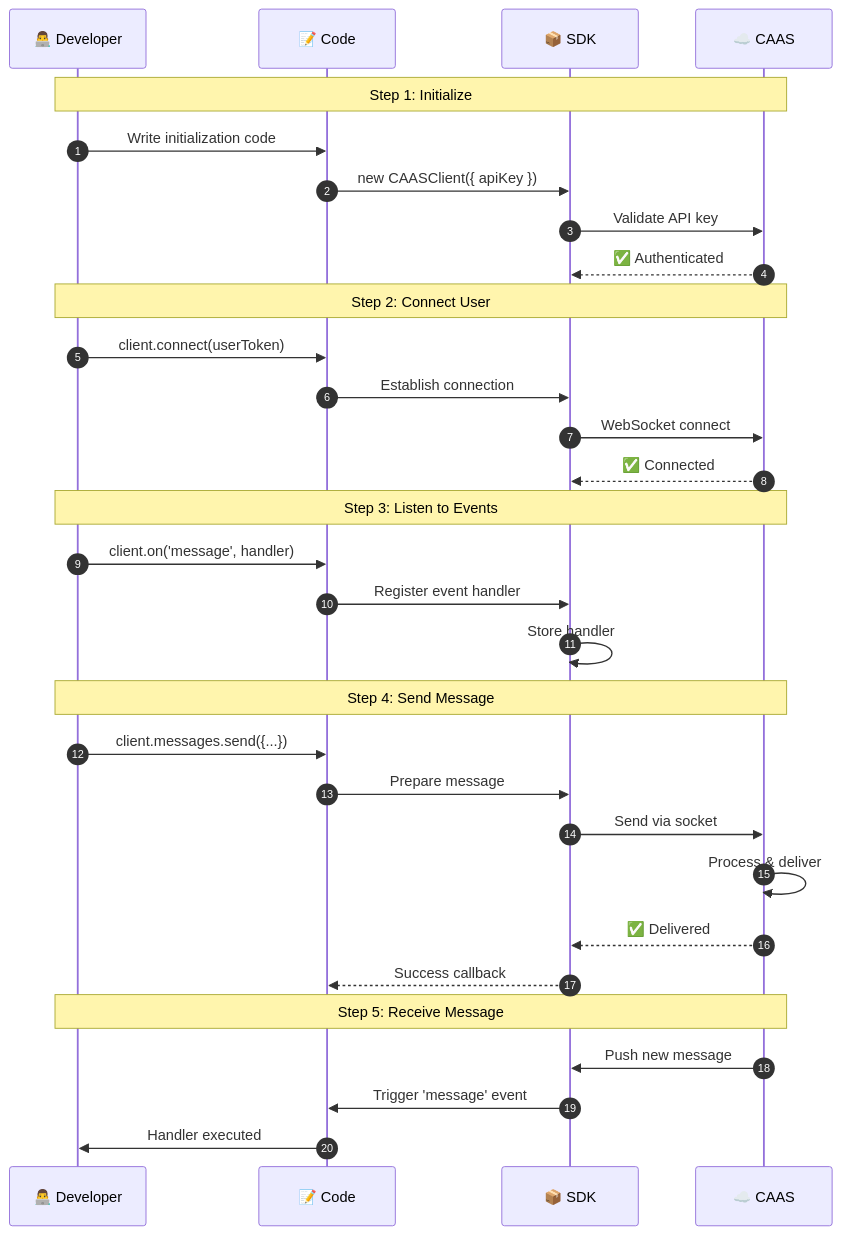
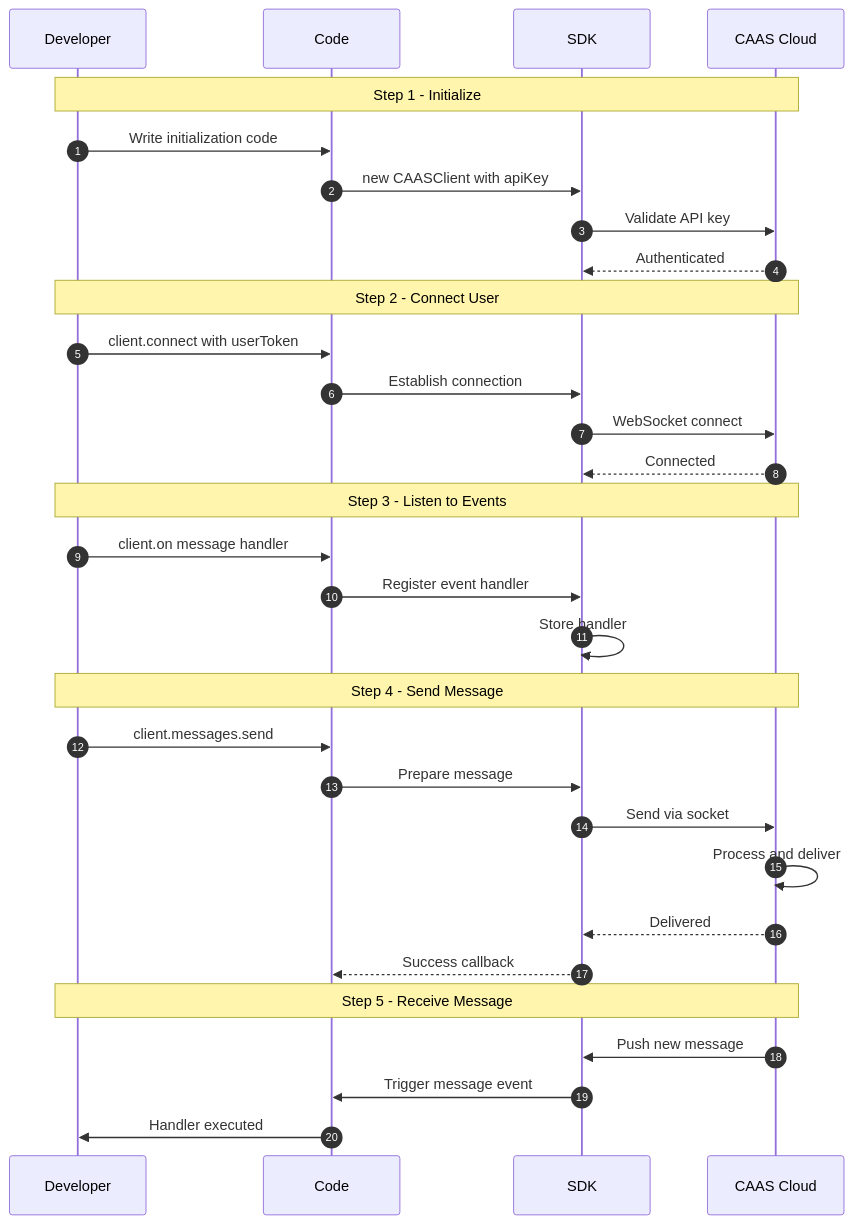
One commit to AtharvaBansod/CAAS changed diagram 29 of 40 in docs/COMPLETE_PLATFORM_VISUAL_GUIDE.md. Above: the diagram before and after it, drawn with Mermaid. The commit also changed other lines of this file, not shown here.

````diff
--- a/docs/COMPLETE_PLATFORM_VISUAL_GUIDE.md
+++ b/docs/COMPLETE_PLATFORM_VISUAL_GUIDE.md
@@ -1127,38 +1193,38 @@
 ```mermaid
 sequenceDiagram
     autonumber
-    participant DEV as 👨‍💻 Developer
-    participant CODE as 📝 Code
-    participant SDK as 📦 SDK
-    participant CAAS as ☁️ CAAS
+    participant DEV as Developer
+    participant CODE as Code
+    participant SDK as SDK
+    participant CAAS as CAAS Cloud
     
-    Note over DEV,CAAS: Step 1: Initialize
+    Note over DEV,CAAS: Step 1 - Initialize
     DEV->>CODE: Write initialization code
-    CODE->>SDK: new CAASClient({ apiKey })
+    CODE->>SDK: new CAASClient with apiKey
     SDK->>CAAS: Validate API key
-    CAAS-->>SDK: ✅ Authenticated
+    CAAS-->>SDK: Authenticated
     
-    Note over DEV,CAAS: Step 2: Connect User
-    DEV->>CODE: client.connect(userToken)
+    Note over DEV,CAAS: Step 2 - Connect User
+    DEV->>CODE: client.connect with userToken
     CODE->>SDK: Establish connection
     SDK->>CAAS: WebSocket connect
-    CAAS-->>SDK: ✅ Connected
+    CAAS-->>SDK: Connected
     
-    Note over DEV,CAAS: Step 3: Listen to Events
-    DEV->>CODE: client.on('message', handler)
+    Note over DEV,CAAS: Step 3 - Listen to Events
+    DEV->>CODE: client.on message handler
     CODE->>SDK: Register event handler
     SDK->>SDK: Store handler
     
-    Note over DEV,CAAS: Step 4: Send Message
-    DEV->>CODE: client.messages.send({...})
+    Note over DEV,CAAS: Step 4 - Send Message
+    DEV->>CODE: client.messages.send
     CODE->>SDK: Prepare message
     SDK->>CAAS: Send via socket
-    CAAS->>CAAS: Process & deliver
-    CAAS-->>SDK: ✅ Delivered
+    CAAS->>CAAS: Process and deliver
+    CAAS-->>SDK: Delivered
     SDK-->>CODE: Success callback
     
-    Note over DEV,CAAS: Step 5: Receive Message
+    Note over DEV,CAAS: Step 5 - Receive Message
     CAAS->>SDK: Push new message
-    SDK->>CODE: Trigger 'message' event
+    SDK->>CODE: Trigger message event
     CODE->>DEV: Handler executed
 ```
````
